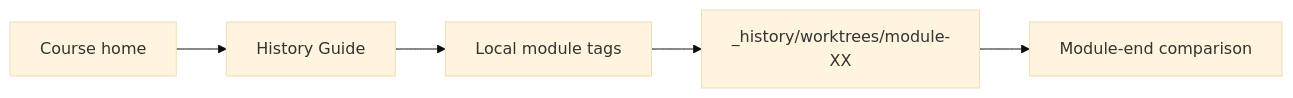
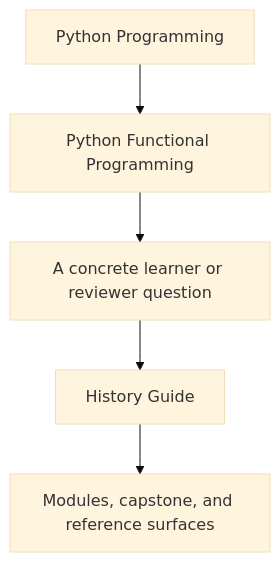
One commit to bijux/bijux-masterclass changed the first of 2 diagrams in programs/python-programming/python-functional-programming/course-book/guides/history-guide.md. Above: the diagram before and after it, drawn with Mermaid (base theme). The commit also changed other lines of this file and 23 other files, not shown here.

Commit message:
docs(python-functional-programming): sharpen guide and reference diagrams

````diff
--- a/programs/python-programming/python-functional-programming/course-book/guides/history-guide.md
+++ b/programs/python-programming/python-functional-programming/course-book/guides/history-guide.md
@@ -7,7 +7,7 @@
 ```mermaid
-graph LR
-  start["Course home"] --> guide["History Guide"]
-  guide --> refs["Local module tags"]
-  refs --> worktrees["_history/worktrees/module-XX"]
-  worktrees --> compare["Module-end comparison"]
+flowchart TD
+  family["Python Programming"] --> program["Python Functional Programming"]
+  program --> pressure["A concrete learner or reviewer question"]
+  pressure --> guide["History Guide"]
+  guide --> next["Modules, capstone, and reference surfaces"]
 ```
````
